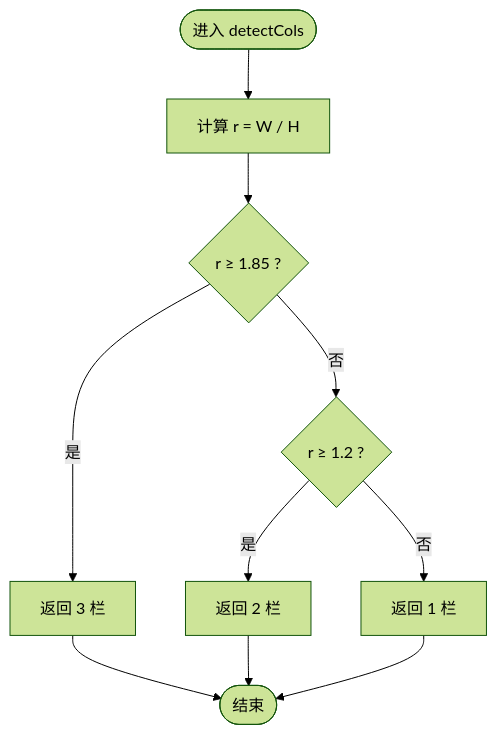
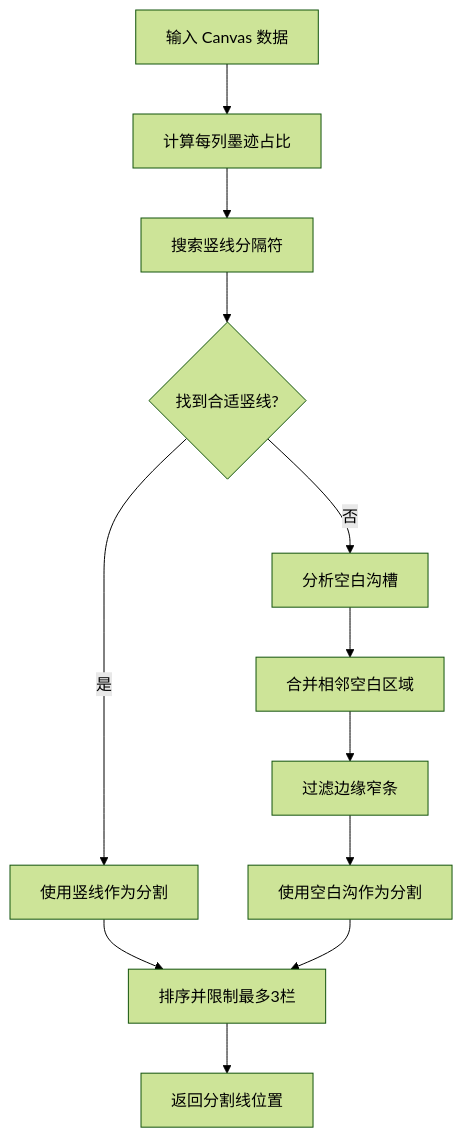
The fourth of 9 diagrams in .qoder/repowiki/zh/content/PDF处理引擎/智能栏数识别.md (wzh8080/PDFTools), drawn with Mermaid (forest theme) before and after one commit. The commit also changed other lines of this file and 29 other files, not shown here.

````diff
--- a/.qoder/repowiki/zh/content/PDF处理引擎/智能栏数识别.md
+++ b/.qoder/repowiki/zh/content/PDF处理引擎/智能栏数识别.md
@@ -125,12 +200,14 @@
 ```mermaid
 flowchart TD
-Start(["进入 detectCols"]) --> Ratio["计算 r = W / H"]
-Ratio --> Check3{"r ≥ 1.85 ?"}
-Check3 --> |是| Return3["返回 3 栏"]
-Check3 --> |否| Check2{"r ≥ 1.2 ?"}
-Check2 --> |是| Return2["返回 2 栏"]
-Check2 --> |否| Return1["返回 1 栏"]
-Return3 --> End(["结束"])
-Return2 --> End
-Return1 --> End
+Canvas["输入 Canvas 数据"] --> InkAnalysis["计算每列墨迹占比"]
+InkAnalysis --> LineSearch["搜索竖线分隔符"]
+LineSearch --> LineFound{"找到合适竖线?"}
+LineFound --> |是| UseLines["使用竖线作为分割"]
+LineFound --> |否| GapAnalysis["分析空白沟槽"]
+GapAnalysis --> MergeGaps["合并相邻空白区域"]
+MergeGaps --> FilterEdges["过滤边缘窄条"]
+FilterEdges --> UseGaps["使用空白沟作为分割"]
+UseLines --> SortCuts["排序并限制最多3栏"]
+UseGaps --> SortCuts
+SortCuts --> Output["返回分割线位置"]
 ```
````
